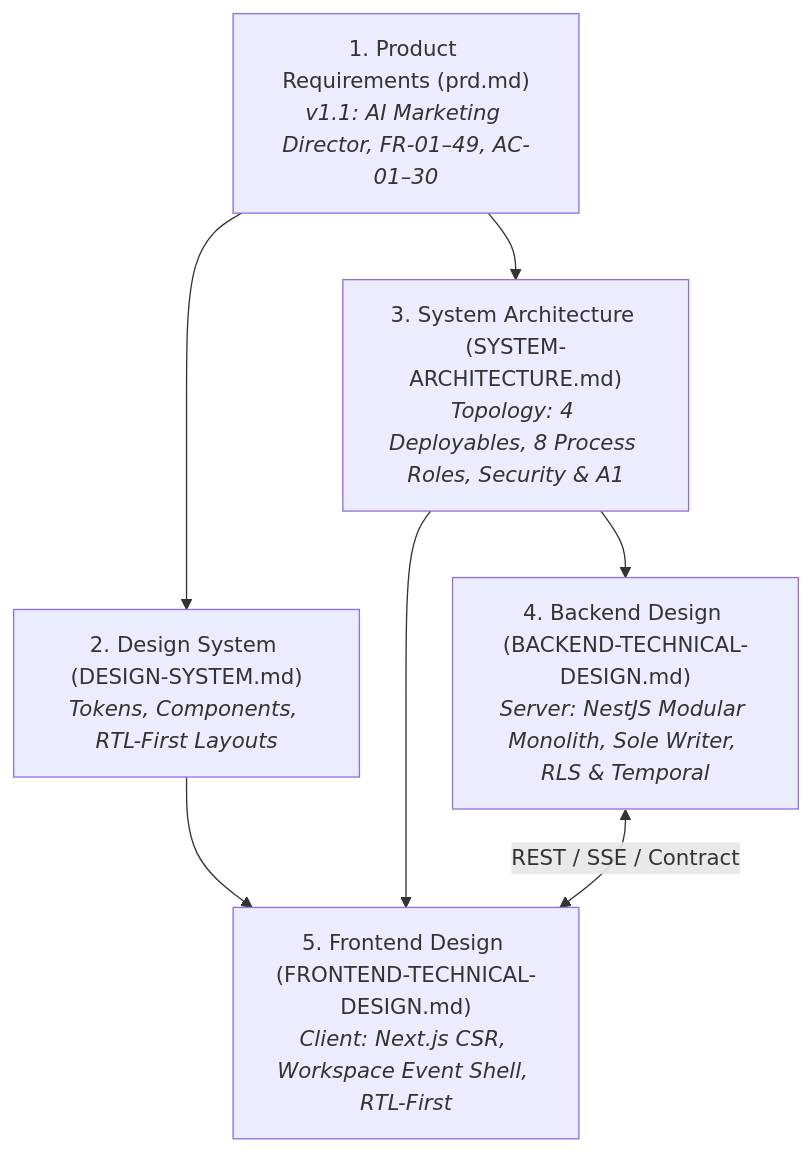
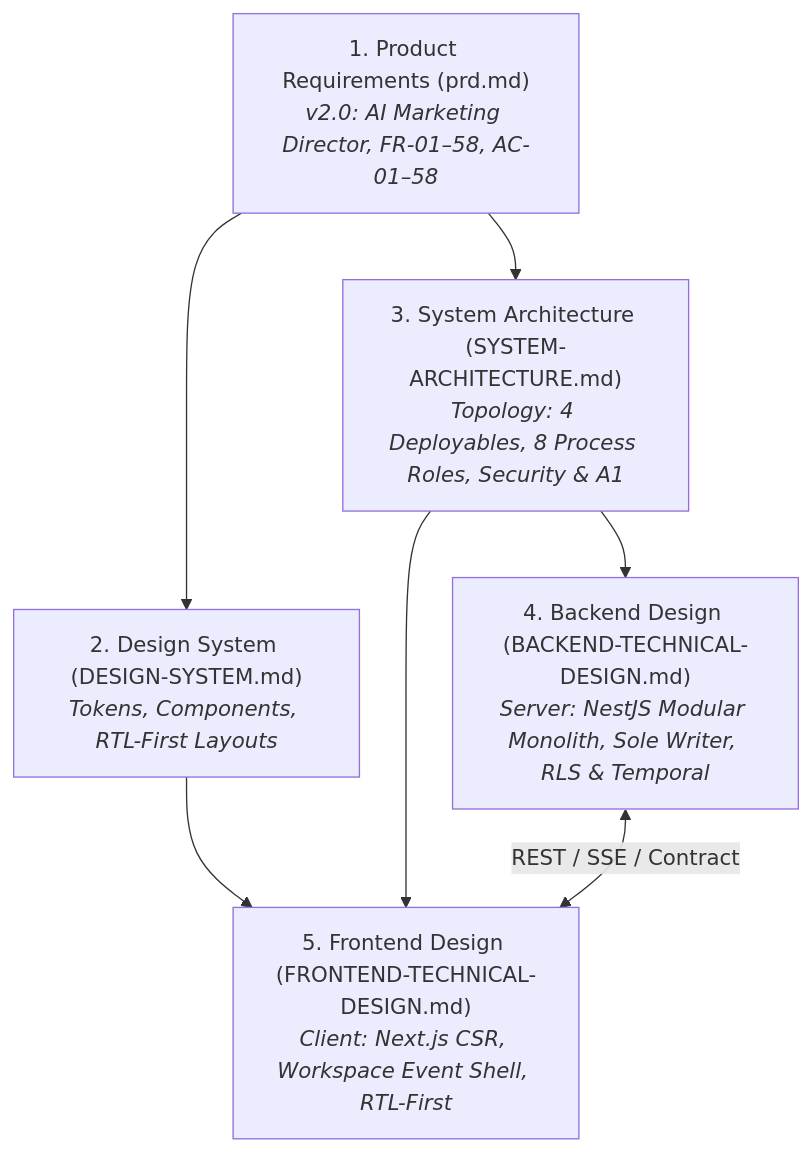
Before and after one commit to mohamed-hossam1/busmora-docs: the diagram in core/README.md, drawn with Mermaid. The commit also changed other lines of this file and 16 other files, not shown here.

````diff
--- a/core/README.md
+++ b/core/README.md
@@ -9,15 +9,15 @@
 ```mermaid
 flowchart TD
-    PRD["1. Product Requirements (prd.md)<br/><i>v1.1: AI Marketing Director, FR-01–49, AC-01–30</i>"]
+    PRD["1. Product Requirements (prd.md)<br/><i>v2.0: AI Marketing Director, FR-01–58, AC-01–58</i>"]
     DS["2. Design System (DESIGN-SYSTEM.md)<br/><i>Tokens, Components, RTL-First Layouts</i>"]
     SYS["3. System Architecture (SYSTEM-ARCHITECTURE.md)<br/><i>Topology: 4 Deployables, 8 Process Roles, Security & A1</i>"]
     BE["4. Backend Design (BACKEND-TECHNICAL-DESIGN.md)<br/><i>Server: NestJS Modular Monolith, Sole Writer, RLS & Temporal</i>"]
     FE["5. Frontend Design (FRONTEND-TECHNICAL-DESIGN.md)<br/><i>Client: Next.js CSR, Workspace Event Shell, RTL-First</i>"]
 
     PRD --> DS
     PRD --> SYS
     DS --> FE
     SYS --> BE
     SYS --> FE
     BE <-->|REST / SSE / Contract| FE
 ```
````
